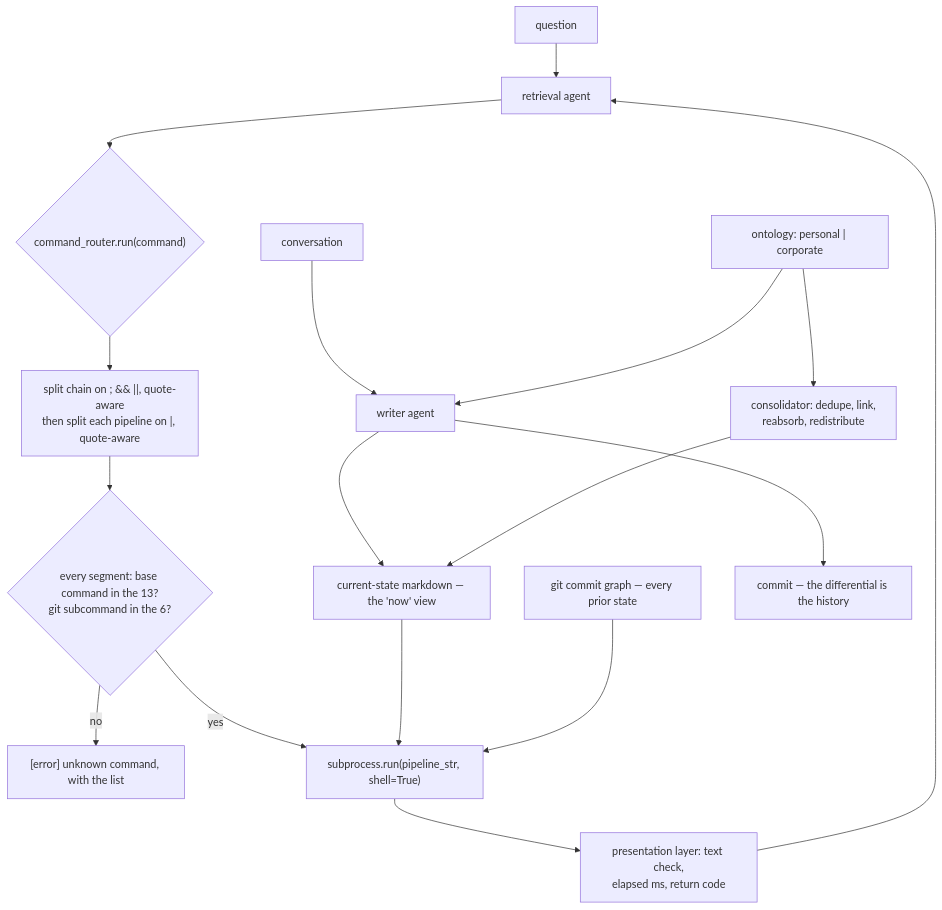
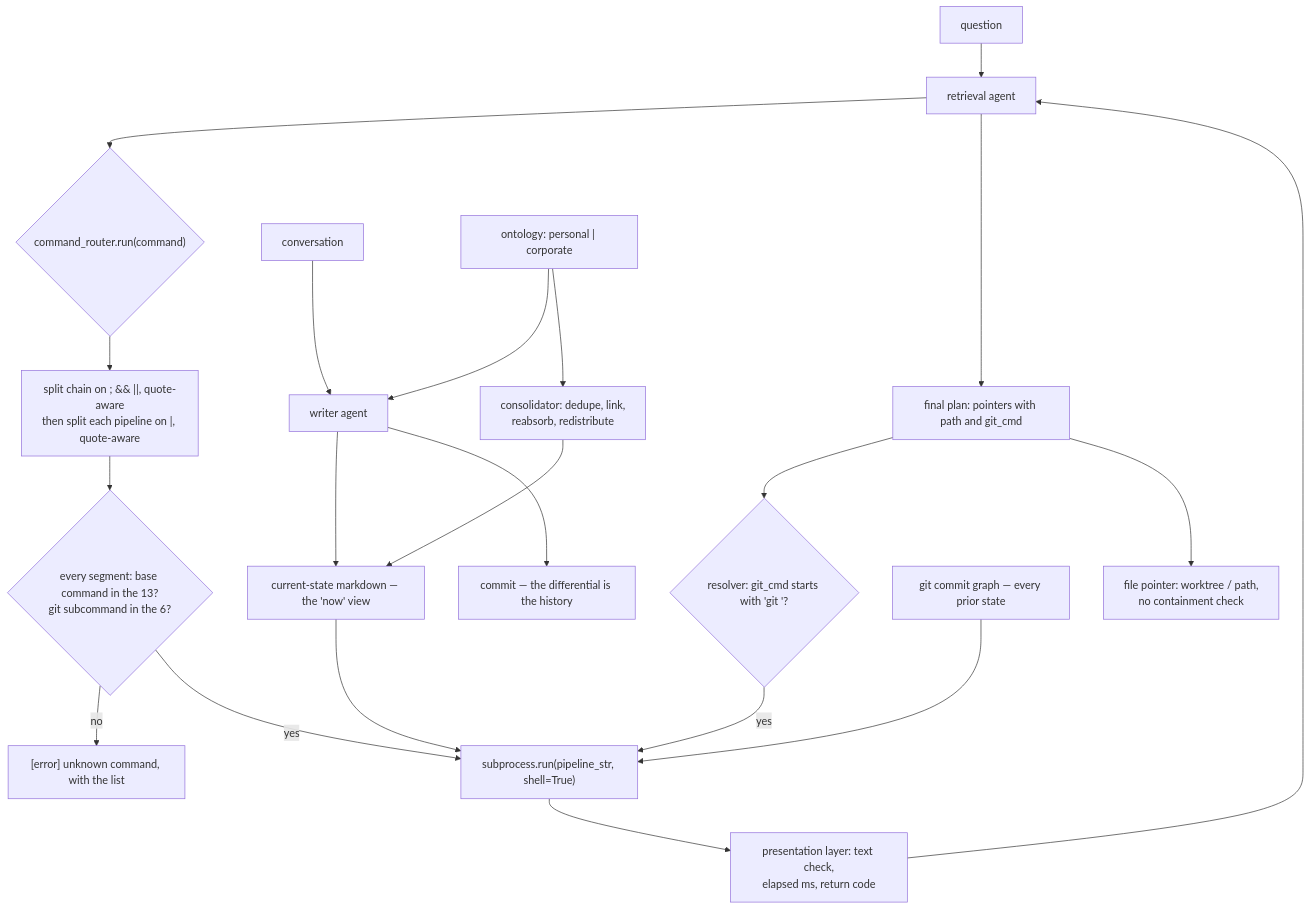
Before and after one commit to neoneye/agent-memory-atlas: the diagram in content/systems/diffmem.md, drawn with Mermaid. The commit also changed other lines of this file and 19 other files, not shown here.

Commit message:
DiffMem re-read at 48ecbb6: the resolver runs the plan's git_cmd behind a prefix check, pointer paths escape the worktree; negative_eval earned on followups exclusions

````diff
--- a/content/systems/diffmem.md
+++ b/content/systems/diffmem.md
@@ -72,20 +74,24 @@
 ```mermaid
 %% caption: the current markdown is the now view and the git commit graph is every prior state, both reached through a quote-aware command allowlist that validates each segment of a pipeline before running it
 flowchart TD
     Q["question"] --> RA["retrieval agent"]
     RA --> CR{"command_router.run(command)"}
+    RA --> PLAN["final plan: pointers with path and git_cmd"]
+    PLAN --> RES{"resolver: git_cmd starts with 'git '?"}
+    RES -->|yes| SH
+    PLAN --> RF["file pointer: worktree / path,<br/>no containment check"]
     CR --> SPL["split chain on ; && ||, quote-aware<br/>then split each pipeline on |, quote-aware"]
     SPL --> VAL{"every segment: base command in the 13?<br/>git subcommand in the 6?"}
     VAL -->|no| ERR["[error] unknown command, with the list"]
     VAL -->|yes| SH["subprocess.run(pipeline_str, shell=True)"]
     SH --> PRES["presentation layer: text check,<br/>elapsed ms, return code"]
     PRES --> RA
     CUR["current-state markdown — the 'now' view"] --> SH
     HIST["git commit graph — every prior state"] --> SH
     W["conversation"] --> WA["writer agent"]
     WA --> CUR
     WA --> CMT["commit — the differential is the history"]
     CON["consolidator: dedupe, link,<br/>reabsorb, redistribute"] --> CUR
     ONT["ontology: personal | corporate"] --> WA
     ONT --> CON
 ```
````
